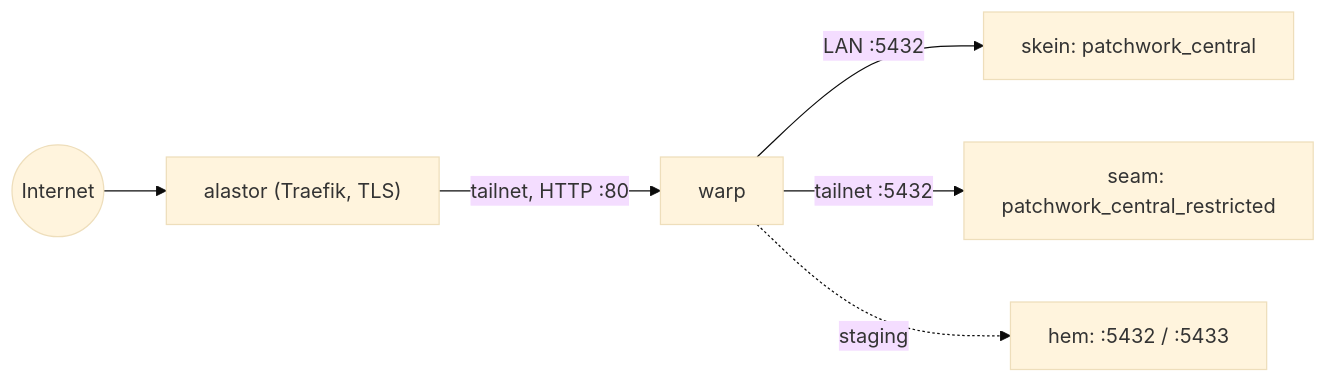
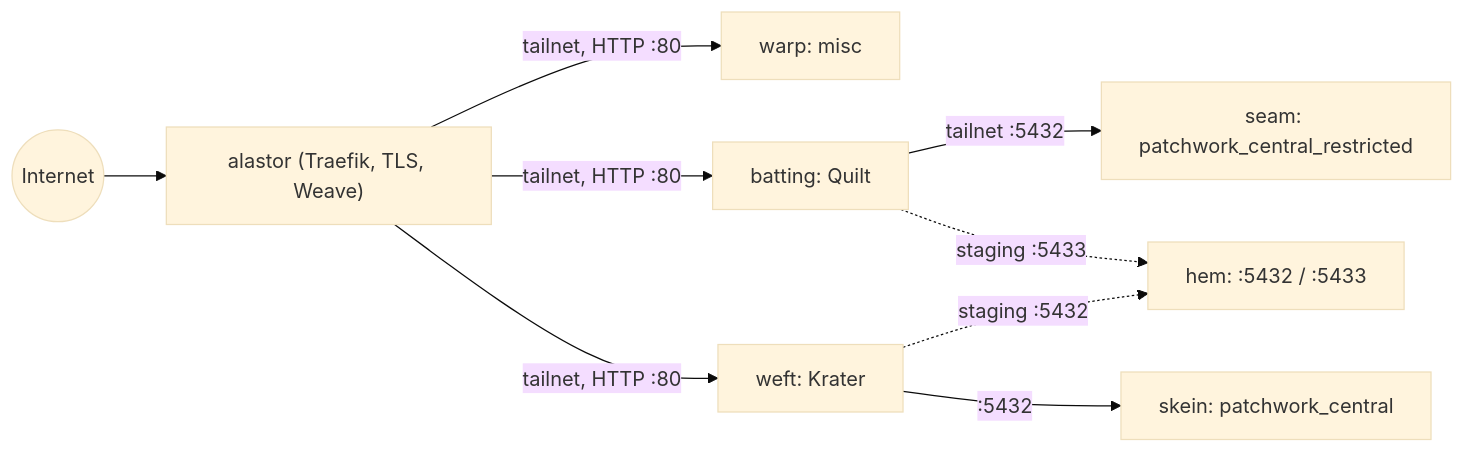
One commit to patchworklabsorg/infra changed the first of 4 diagrams in README.md. Above: the diagram before and after it, drawn with Mermaid (base theme). The commit also changed other lines of this file and 10 other files, not shown here.

Commit message:
refactor: one vm per app, weave stays on alastor

````diff
--- a/README.md
+++ b/README.md
@@ -55,8 +57,11 @@
 ```mermaid
 flowchart LR
-  internet((Internet)) --> alastor["alastor (Traefik, TLS)"]
-  alastor -- "tailnet, HTTP :80" --> warp
-  warp -- "LAN :5432" --> skein["skein: patchwork_central"]
-  warp -- "tailnet :5432" --> seam["seam: patchwork_central_restricted"]
-  warp -. staging .-> hem["hem: :5432 / :5433"]
+  internet((Internet)) --> alastor["alastor (Traefik, TLS, Weave)"]
+  alastor -- "tailnet, HTTP :80" --> warp["warp: misc"]
+  alastor -- "tailnet, HTTP :80" --> batting["batting: Quilt"]
+  alastor -- "tailnet, HTTP :80" --> weft["weft: Krater"]
+  weft -- ":5432" --> skein["skein: patchwork_central"]
+  batting -- "tailnet :5432" --> seam["seam: patchwork_central_restricted"]
+  batting -. "staging :5433" .-> hem["hem: :5432 / :5433"]
+  weft -. "staging :5432" .-> hem
 ```
````
